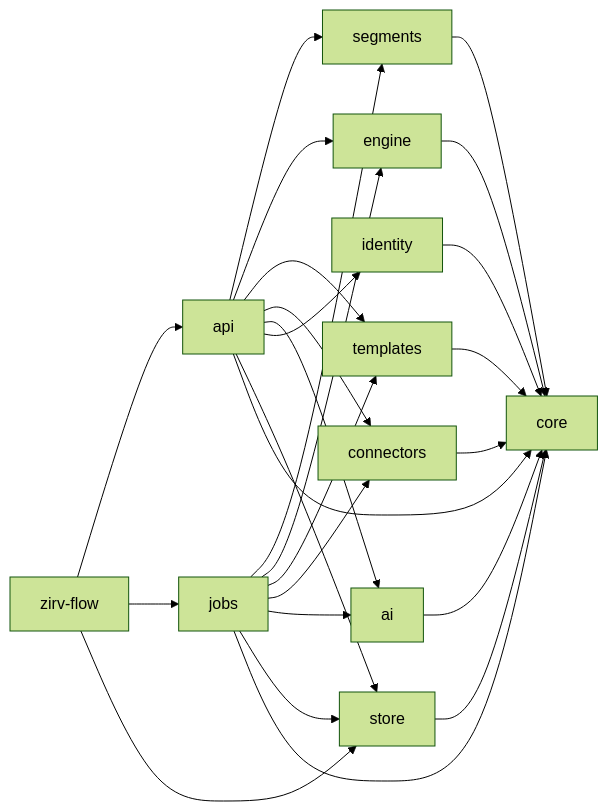
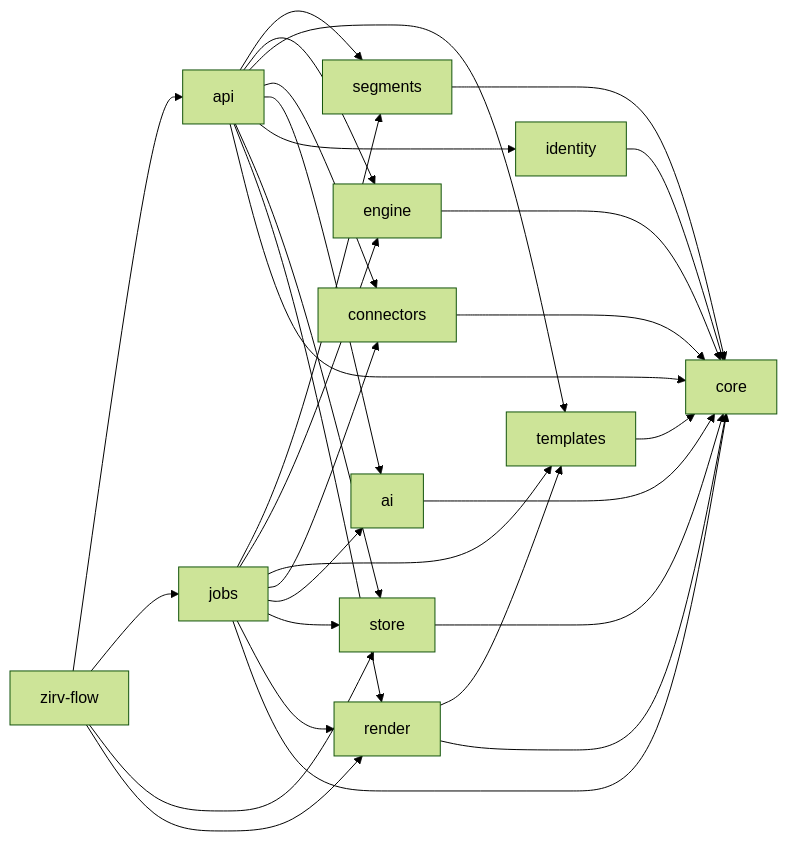
The third of 6 diagrams in docs/architecture.md (Glubiz/zirv-flow), drawn with Mermaid (forest theme) before and after one commit. The commit also changed other lines of this file and 2 other files, not shown here.

First line of the commit message:
docs: render host section, 5.1 edges and 11.9; crate-deps self-test covers render (#236)

````diff
--- a/docs/architecture.md
+++ b/docs/architecture.md
@@ -151,7 +152,8 @@
 ```mermaid
 flowchart LR
-  bin[zirv-flow] --> api & jobs & store
-  api --> segments & engine & templates & connectors & ai & identity & store & core
-  jobs --> segments & engine & templates & connectors & ai & store & core
+  bin[zirv-flow] --> api & jobs & store & render
+  api --> segments & engine & templates & connectors & ai & identity & store & render & core
+  jobs --> segments & engine & templates & connectors & ai & store & render & core
+  render --> templates & core
   segments & engine & templates & connectors & ai & identity & store --> core
 ```
````
